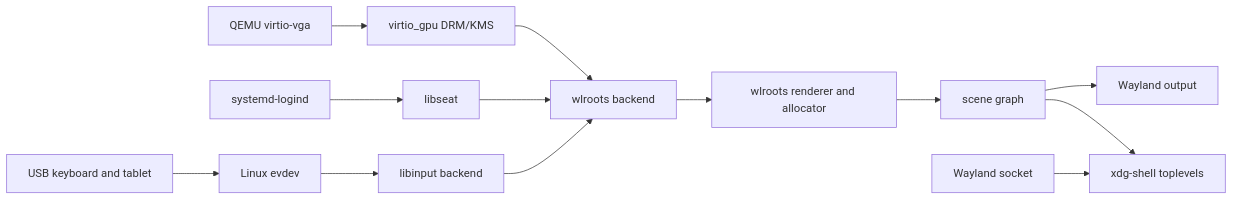
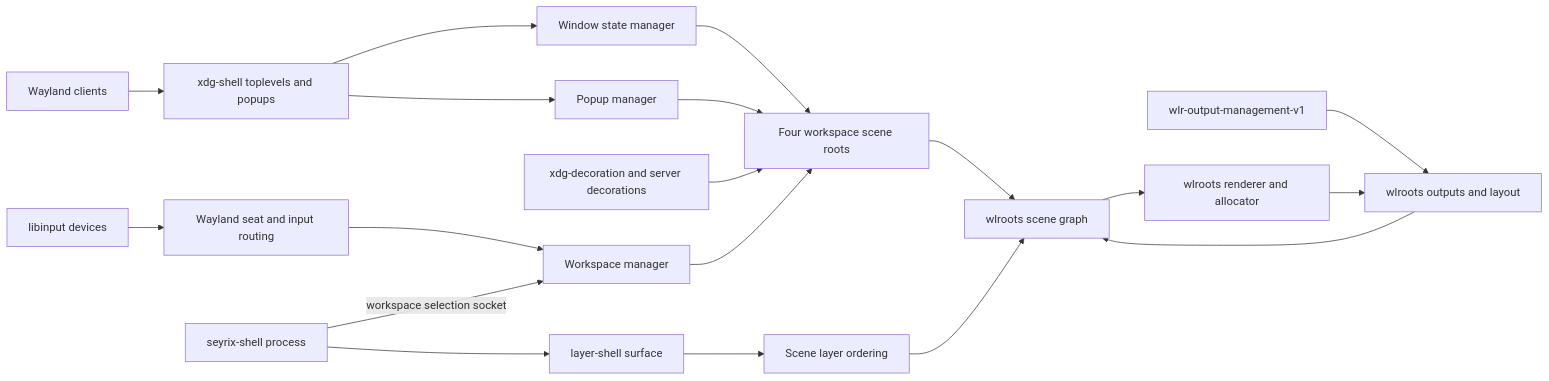
Before and after one commit to Andrew281003/Seyrix-Linux: the diagram in docs/compositor-architecture.md, drawn with Mermaid. The commit also changed other lines of this file and 168 other files, not shown here.

````diff
--- a/docs/compositor-architecture.md
+++ b/docs/compositor-architecture.md
@@ -9,15 +8,21 @@
 ```mermaid
 flowchart LR
-  QEMU[QEMU virtio-vga] --> DRM[virtio_gpu DRM/KMS]
-  LOGIND[systemd-logind] --> SEAT[libseat]
-  DRM --> BACKEND[wlroots backend]
-  SEAT --> BACKEND
-  INPUT[USB keyboard and tablet] --> EVDEV[Linux evdev]
-  EVDEV --> LIBINPUT[libinput backend]
-  LIBINPUT --> BACKEND
-  BACKEND --> RENDER[wlroots renderer and allocator]
-  RENDER --> SCENE[scene graph]
-  SCENE --> OUTPUT[Wayland output]
-  SCENE --> WINDOWS[xdg-shell toplevels]
-  WAYLAND[Wayland socket] --> WINDOWS
+  INPUT[libinput devices] --> SEAT[Wayland seat and input routing]
+  SEAT --> WORKSPACES[Workspace manager]
+  WAYLAND[Wayland clients] --> XDG[xdg-shell toplevels and popups]
+  XDG --> STATE[Window state manager]
+  XDG --> POPUPS[Popup manager]
+  STATE --> WS_SCENES[Four workspace scene roots]
+  POPUPS --> WS_SCENES
+  DECOR[xdg-decoration and server decorations] --> WS_SCENES
+  PANEL[seyrix-shell process] --> LAYER[layer-shell surface]
+  LAYER --> LAYERS[Scene layer ordering]
+  WORKSPACES --> WS_SCENES
+  WS_SCENES --> SCENE[wlroots scene graph]
+  LAYERS --> SCENE
+  OUTPUTS[wlroots outputs and layout] --> SCENE
+  OM[wlr-output-management-v1] --> OUTPUTS
+  SCENE --> RENDER[wlroots renderer and allocator]
+  RENDER --> OUTPUTS
+  PANEL -->|workspace selection socket| WORKSPACES
 ```
````
